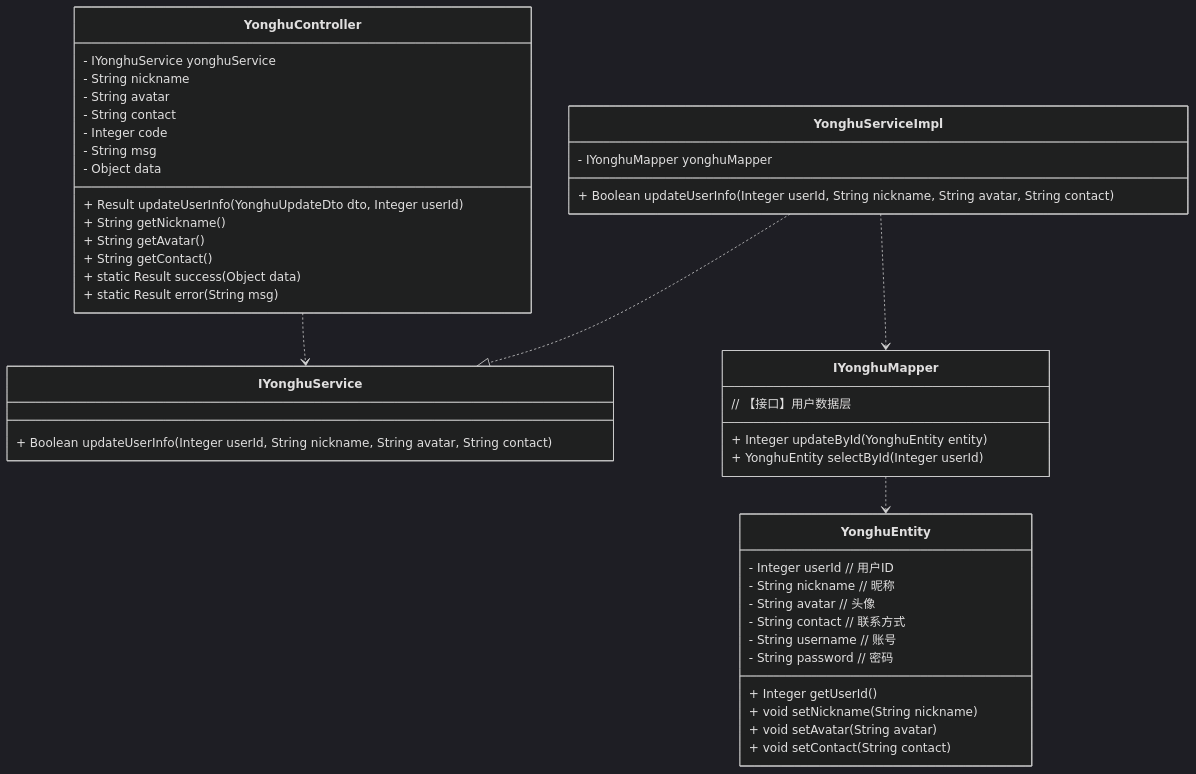
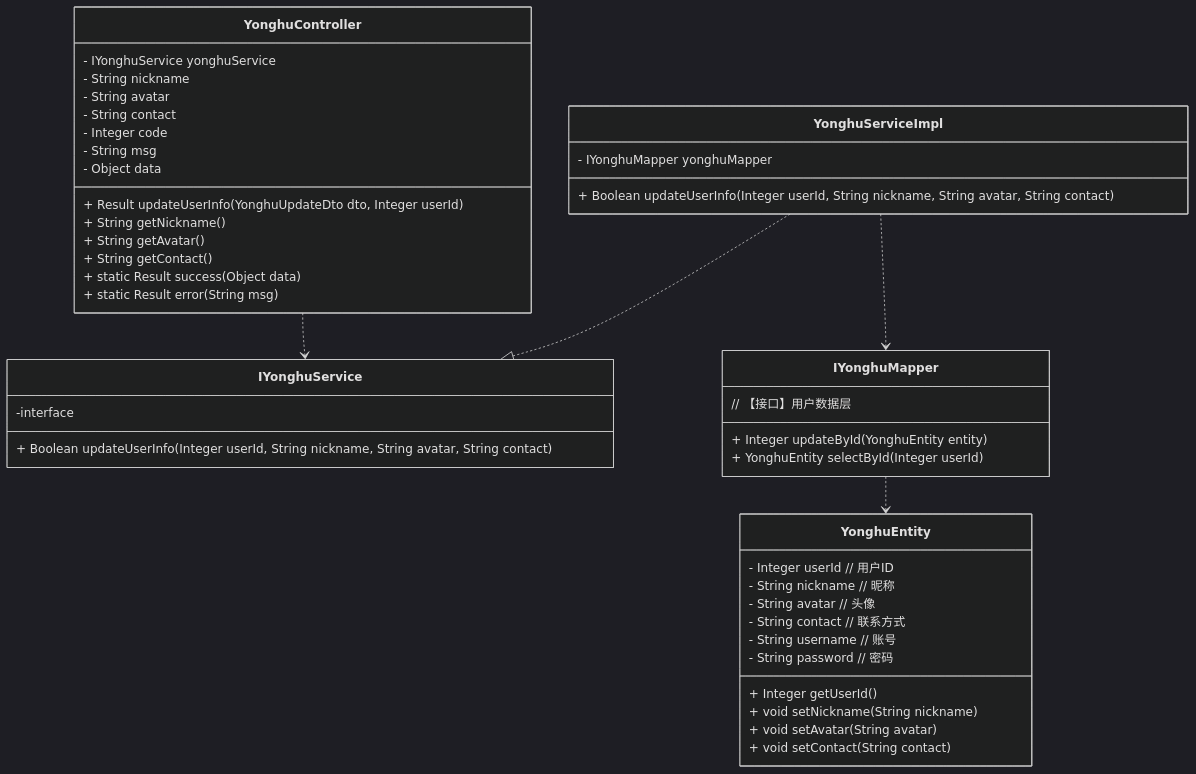
One commit to DEbalanceUX/iodraw-files changed the diagram in all/未命名-6.md. Above: the diagram before and after it, drawn with Mermaid (dark theme).

Commit message:
2025-12-26 03:46:54 update

````diff
--- a/all/未命名-6.md
+++ b/all/未命名-6.md
@@ -1,64 +1,64 @@
 ```mermaid
 classDiagram
     %% 关系定义（仅用Class+implements）
     YonghuServiceImpl ..|> IYonghuService : 
     YonghuController ..> IYonghuService : 
     YonghuServiceImpl ..> IYonghuMapper : 
     IYonghuMapper ..> YonghuEntity : 
 
     %% Controller层
     class YonghuController {
         - IYonghuService yonghuService
         + Result updateUserInfo(YonghuUpdateDto dto, Integer userId)
         
         
             - String nickname      
             - String avatar         
             - String contact        
             + String getNickname()
             + String getAvatar()
             + String getContact()
         
         
     
             - Integer code
             - String msg      
             - Object data   
             + static Result success(Object data)
             + static Result error(String msg)
         
     }
 
     %% Service接口（伪装为Class，注释说明是接口）
     class IYonghuService {
-    
+        -interface
         + Boolean updateUserInfo(Integer userId, String nickname, String avatar, String contact)
     }
 
     %% Service实现类
     class YonghuServiceImpl {
         - IYonghuMapper yonghuMapper
         + Boolean updateUserInfo(Integer userId, String nickname, String avatar, String contact)
     }
 
     %% Mapper接口（伪装为Class，注释说明是接口）
     class IYonghuMapper {
         // 【接口】用户数据层
         + Integer updateById(YonghuEntity entity)
         + YonghuEntity selectById(Integer userId)
     }
 
     %% Entity层
     class YonghuEntity {
         - Integer userId        // 用户ID
         - String nickname       // 昵称
         - String avatar         // 头像
         - String contact        // 联系方式
         - String username       // 账号
         - String password       // 密码
         + Integer getUserId()
         + void setNickname(String nickname)
         + void setAvatar(String avatar)
         + void setContact(String contact)
     }
 ```
````
